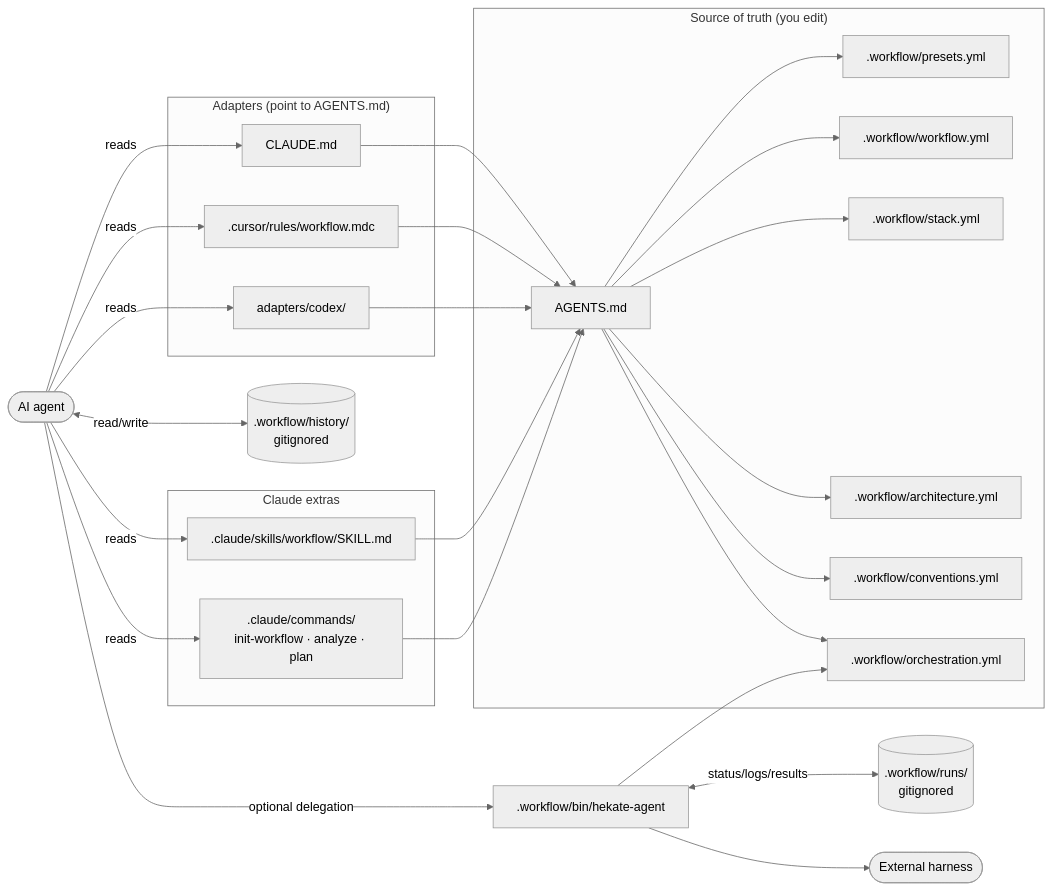
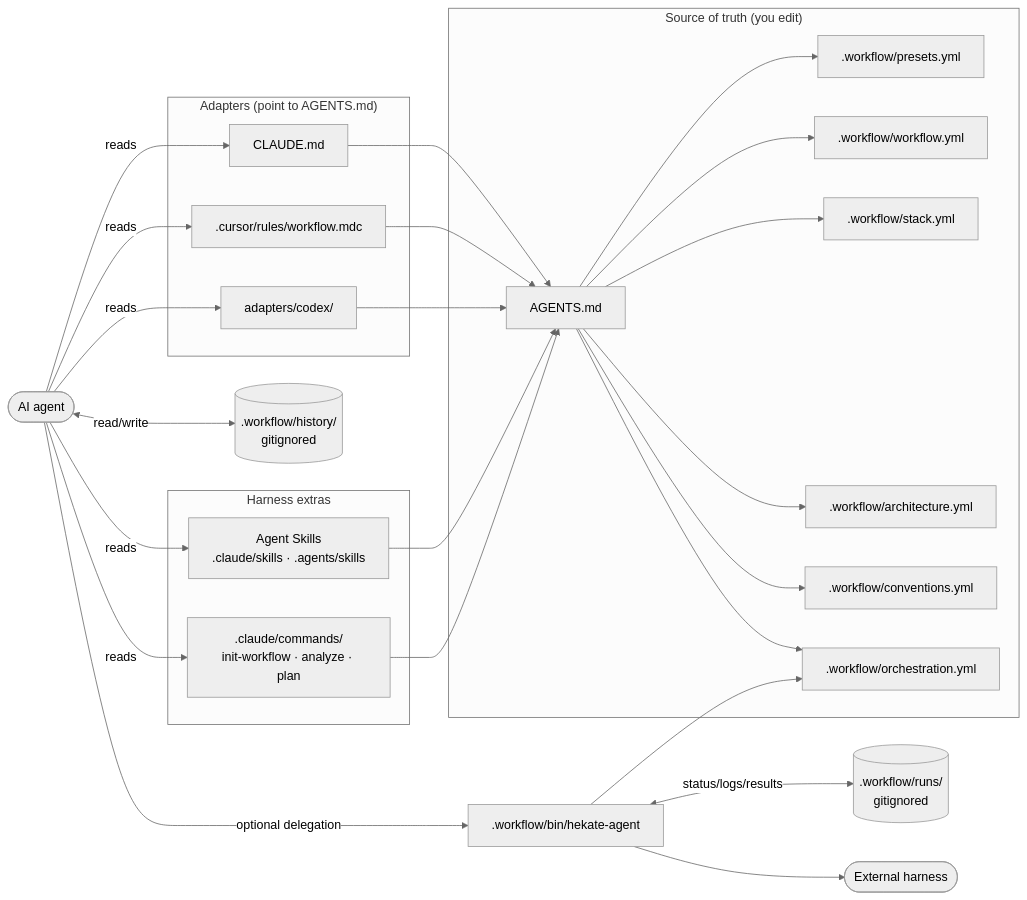
The second of 2 diagrams in README.md (MugenKaizen/Hekate), drawn with Mermaid (neutral theme) before and after one commit. The commit also changed other lines of this file and 11 other files, not shown here.

Commit message:
feat: add portable agent skills migration

````diff
--- a/README.md
+++ b/README.md
@@ -354,47 +359,47 @@
 ```mermaid
 flowchart LR
     subgraph SOT["Source of truth (you edit)"]
         AG[AGENTS.md]
         PR[.workflow/presets.yml]
         WF[.workflow/workflow.yml]
         ST[.workflow/stack.yml]
         AR[.workflow/architecture.yml]
         CV[.workflow/conventions.yml]
         OR[.workflow/orchestration.yml]
     end
 
     subgraph ADP["Adapters (point to AGENTS.md)"]
         CL[CLAUDE.md]
         CU[.cursor/rules/workflow.mdc]
         CX[adapters/codex/]
     end
 
-    subgraph CC["Claude extras"]
-        SK[.claude/skills/workflow/SKILL.md]
+    subgraph CC["Harness extras"]
+        SK["Agent Skills<br/>.claude/skills · .agents/skills"]
         CMD[".claude/commands/<br/>init-workflow · analyze · plan"]
     end
 
     HIST[(".workflow/history/<br/>gitignored")]
     JOBS[(".workflow/runs/<br/>gitignored")]
     RUNNER[.workflow/bin/hekate-agent]
     CHILD([External harness])
     AGENT([AI agent])
 
     CL --> AG
     CU --> AG
     CX --> AG
     SK --> AG
     CMD --> AG
     AG --> PR & WF & ST & AR & CV & OR
 
     AGENT -->|reads| CL
     AGENT -->|reads| CU
     AGENT -->|reads| CX
     AGENT -->|reads| SK
     AGENT -->|reads| CMD
     AGENT <-->|read/write| HIST
     AGENT -->|optional delegation| RUNNER
     RUNNER --> OR
     RUNNER <-->|status/logs/results| JOBS
     RUNNER --> CHILD
 ```
````
